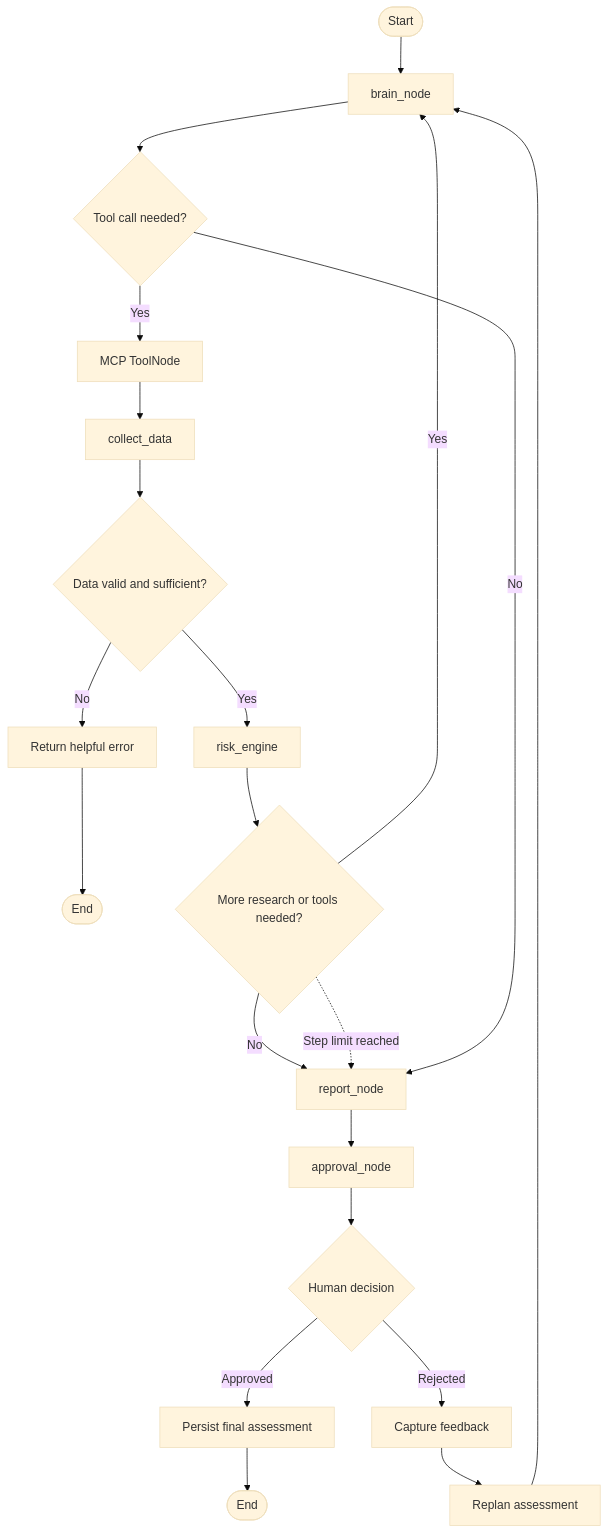
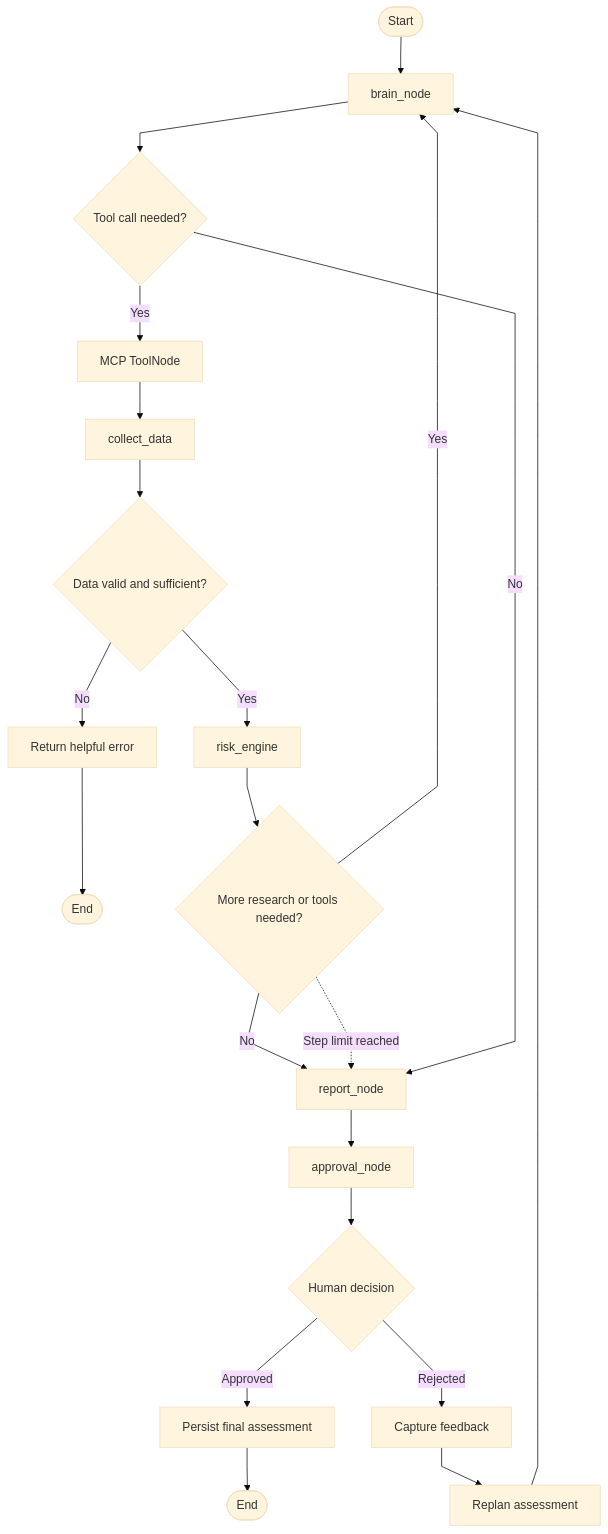
The diagram in README.md (prashantoptimus0588/StockMarket), drawn with Mermaid (base theme) before and after one commit.

````diff
--- a/README.md
+++ b/README.md
@@ -82,32 +82,33 @@
 ```mermaid
+%%{init: {"flowchart": {"curve": "linear"}}}%%
 flowchart TD
     S0(["Start"]) --> B["brain_node"]
 
     B --> C{"Tool call needed?"}
 
     C -->|Yes| T["MCP ToolNode"]
     T --> D["collect_data"]
     D --> V{"Data valid and sufficient?"}
 
     V -->|No| E["Return helpful error"]
     E --> END1(["End"])
 
     V -->|Yes| R["risk_engine"]
     R --> Q{"More research or tools needed?"}
 
     Q -->|Yes| B
     Q -->|No| P["report_node"]
     Q -.->|Step limit reached| P
 
     C -->|No| P
 
     P --> A["approval_node"]
     A --> H{"Human decision"}
 
     H -->|Approved| S["Persist final assessment"]
     S --> END2(["End"])
 
     H -->|Rejected| F["Capture feedback"]
     F --> RP["Replan assessment"]
     RP --> B
 ```
````
